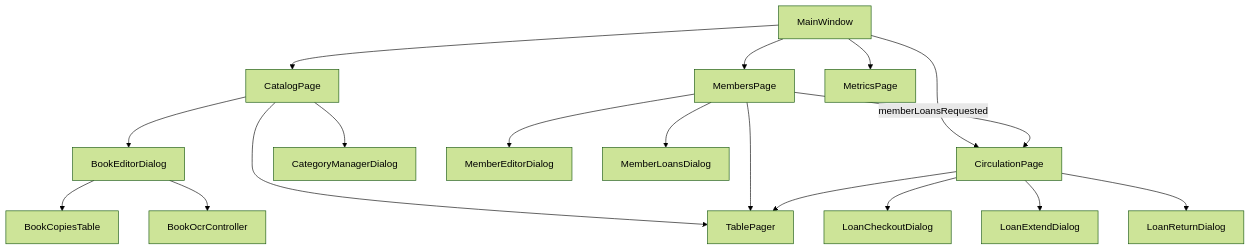
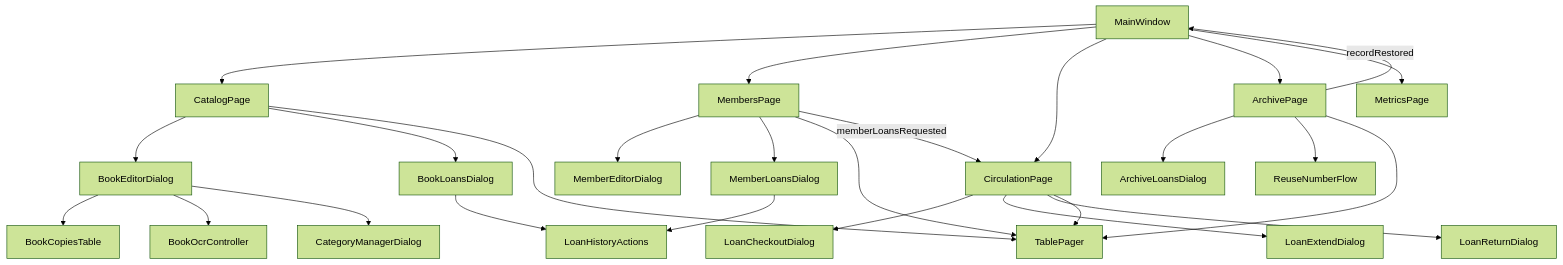
One commit to medaminben/VLMS changed diagram 19 of 27 in docs/architecture/beta-uml.md. Above: the diagram before and after it, drawn with Mermaid (forest theme). The commit also changed other lines of this file, not shown here.

Commit message:
Refresh the Beta UML for the library split and schema 7.

````diff
--- a/docs/architecture/beta-uml.md
+++ b/docs/architecture/beta-uml.md
@@ -556,36 +637,49 @@
 ```mermaid
 flowchart TD
     MW[MainWindow]
     CP[CatalogPage]
     MP[MembersPage]
     LP[CirculationPage]
+    AP[ArchivePage]
     XP[MetricsPage]
     BED[BookEditorDialog]
     BCT[BookCopiesTable]
     BOC[BookOcrController]
     CMD[CategoryManagerDialog]
+    BLD[BookLoansDialog]
     MED[MemberEditorDialog]
     MLD[MemberLoansDialog]
     LCD[LoanCheckoutDialog]
     LED[LoanExtendDialog]
     LRD[LoanReturnDialog]
+    LHA[LoanHistoryActions]
+    ALD[ArchiveLoansDialog]
+    RNF[ReuseNumberFlow]
     TP[TablePager]
 
     MW --> CP
     MW --> MP
     MW --> LP
+    MW --> AP
     MW --> XP
     CP --> BED
-    CP --> CMD
+    CP --> BLD
     CP --> TP
     BED --> BCT
     BED --> BOC
+    BED --> CMD
+    BLD --> LHA
     MP --> MED
     MP --> MLD
+    MLD --> LHA
     MP --> TP
     MP -->|memberLoansRequested| LP
     LP --> LCD
     LP --> LED
     LP --> LRD
     LP --> TP
+    AP --> ALD
+    AP --> RNF
+    AP --> TP
+    AP -->|recordRestored| MW
 ```
````
